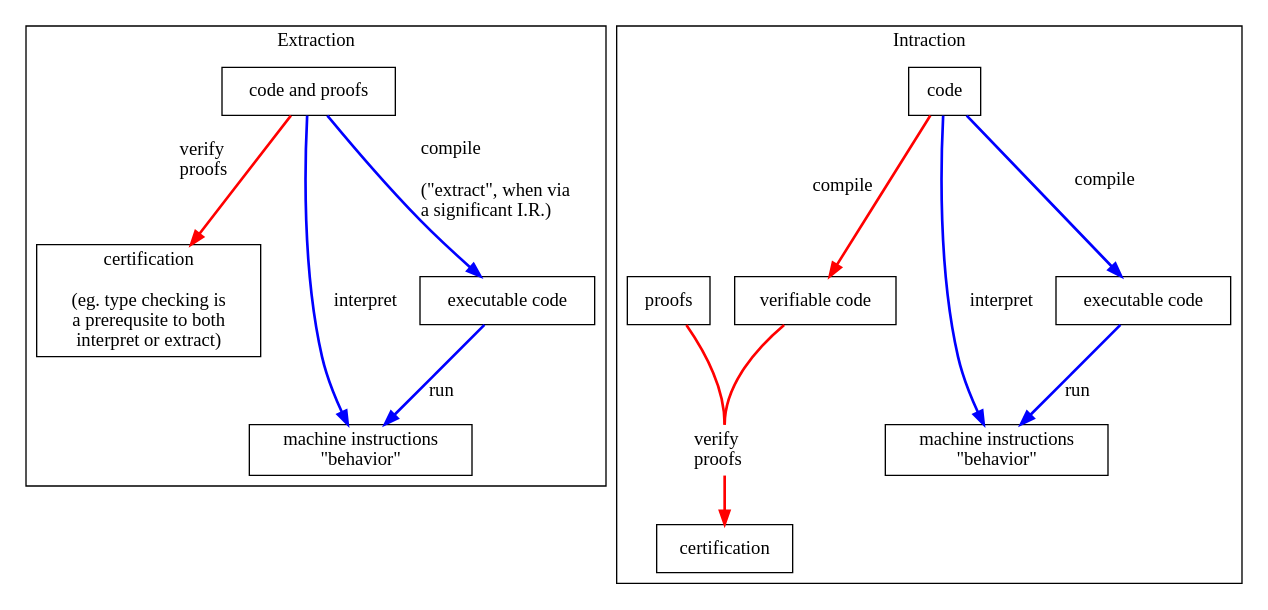
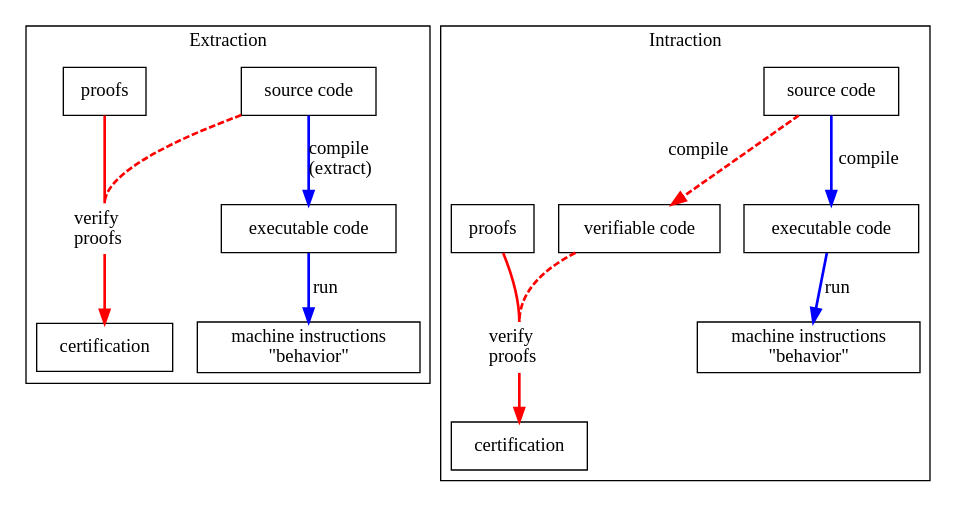
Before and after one commit to lsd-ucsc/CASL: the diagram in extraction-intraction.dot, drawn with Graphviz.

Commit message:
separate the proof and code boxes; improve symmetry

```diff
--- a/extraction-intraction.dot
+++ b/extraction-intraction.dot
@@ -1,32 +1,38 @@
 digraph G {
     node [shape=box];
     subgraph cluster0 {
         label="Extraction";
-        certA [label="certification\n\n(eg. type checking is\na prerequsite to both\ninterpret or extract)"];
 
-        srcA [label="code and proofs"];
+        srcA [label="source code"];
+        exeA [label="executable code"];
         dstA [label="machine instructions\n\"behavior\""];
-        srcA -> dstA [color=blue,penwidth=2,label="interpret"];
-        exeA [label="executable code"];
-        srcA -> exeA [color=blue,penwidth=2,label="compile\l\l(\"extract\", when via\l a significant I.R.)\l"];
-        exeA -> dstA [color=blue,penwidth=2,label="run"];
-        srcA -> certA [color=red,penwidth=2,xlabel="verify\lproofs\l"];
+        //srcA -> dstA [color=blue,penwidth=2,label="interpret"];
+        srcA -> exeA [weight=2,color=blue,penwidth=2,label="compile\l(extract)\l"];
+        exeA -> dstA [weight=2,color=blue,penwidth=2,label="run"];
+
+        proofA [label="proofs"];
+        verifA [shape=none,label="verify\lproofs\l"];
+        srcA -> verifA:n [style=dashed,color=red,penwidth=2,arrowhead=none];
+        proofA -> verifA:n [color=red,penwidth=2,arrowhead=none];
+        certA [label="certification"];
+        verifA -> certA [weight=2,color=red,penwidth=2];
     }
     subgraph cluster1 {
         label="Intraction";
-        srcB [label="code"];
+        srcB [label="source code"];
+        exeB [label="executable code"];
         dstB [label="machine instructions\n\"behavior\""];
-        srcB -> dstB [color=blue,penwidth=2,label="interpret"];
-        exeB [label="executable code"];
-        srcB -> exeB [color=blue,penwidth=2,label="compile"];
-        exeB -> dstB [color=blue,penwidth=2,label="run"];
-        srcB2 [label="verifiable code"];
-        srcB -> srcB2 [color=red,penwidth=2,xlabel="compile"];
+        //srcB -> dstB [color=blue,penwidth=2,label="interpret"];
+        srcB -> exeB [weight=2,color=blue,penwidth=2,label="compile"];
+        exeB -> dstB [weight=2,color=blue,penwidth=2,label="run"];
+
+        src2B [label="verifiable code"];
+        srcB -> src2B [style=dashed,color=red,penwidth=2,xlabel="compile"];
+        proofB [label="proofs"];
+        verifB [shape=none,label="verify\lproofs\l"];
+        src2B -> verifB:n [style=dashed,weight=2,color=red,penwidth=2,arrowhead=none];
+        proofB -> verifB:n [weight=4,color=red,penwidth=2,arrowhead=none];
+        verifB -> certB [weight=4,color=red,penwidth=2];
         certB [label="certification"];
-        srcB2 -> verif:n [color=red,penwidth=2,arrowhead=none];
-        proof [label="proofs"];
-        proof -> verif:n [color=red,penwidth=2,arrowhead=none];
-        verif [shape=none,label="verify\lproofs\l"];
-        verif -> certB [color=red,penwidth=2];
     }
 }
```
